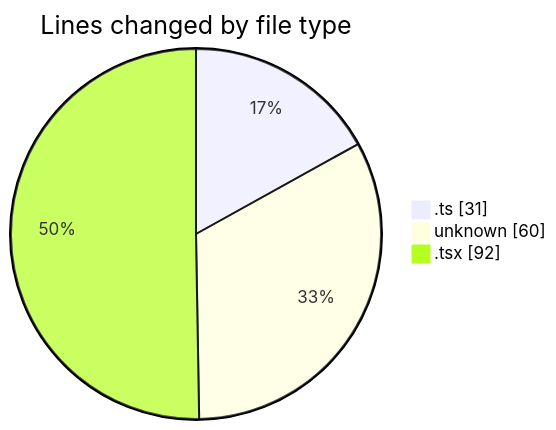
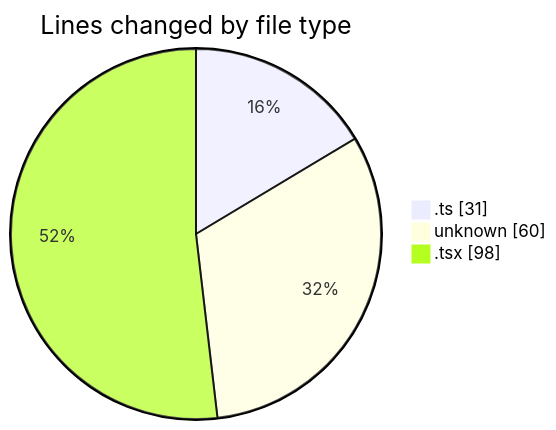
The first of 2 diagrams in 2026-06-12/cda/README.md (momahboobian/code-tracking), drawn with Mermaid before and after one commit. The commit also changed other lines of this file and 1 other file, not shown here.

````diff
--- a/2026-06-12/cda/README.md
+++ b/2026-06-12/cda/README.md
@@ -24,7 +24,7 @@
 ```mermaid
 pie showData
 title Lines changed by file type
 ".ts" : 31
 "unknown" : 60
-".tsx" : 92
+".tsx" : 98
 ```
````
